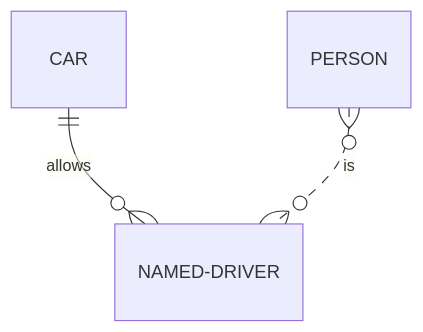
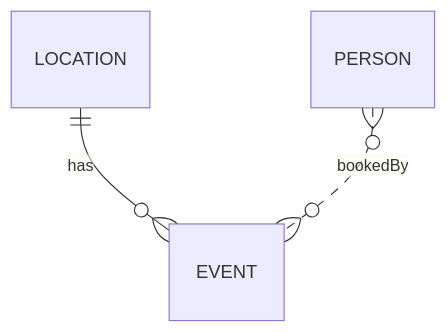
Before and after one commit to SchrodtSven/sqlearn: the first of 3 diagrams in _apps/calendar/doq/README.md, drawn with Mermaid. The commit also changed other lines of this file, not shown here.

Commit message:
Mermaid struggle...

````diff
--- a/_apps/calendar/doq/README.md
+++ b/_apps/calendar/doq/README.md
@@ -3,5 +3,5 @@
 ```mermaid
 erDiagram
-    CAR ||--o{ NAMED-DRIVER : allows
-    PERSON }o..o{ NAMED-DRIVER : is
+    LOCATION ||--o{ EVENT : has 
+    PERSON }o..o{ EVENT : bookedBy
 ```
````
